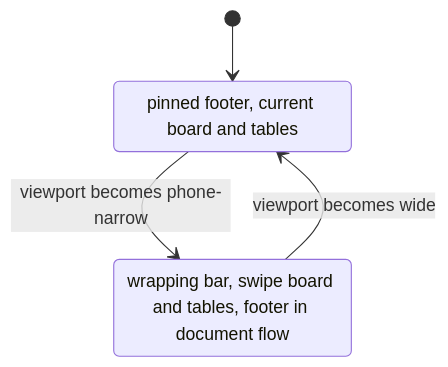
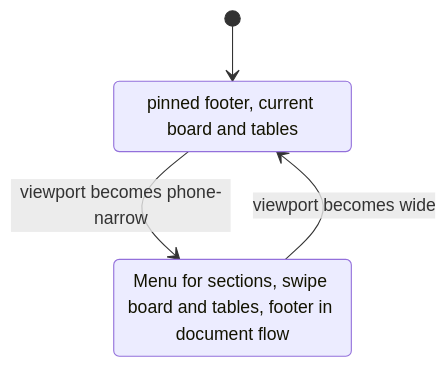
Before and after one commit to Mathotics/Keel: the second of 2 diagrams in docs/adr/phone-layout.md, drawn with Mermaid. The commit also changed other lines of this file and 8 other files, not shown here.

Commit message:
KEEL-6 Open section links from a Menu control so a phone bar stays one row.

````diff
--- a/docs/adr/phone-layout.md
+++ b/docs/adr/phone-layout.md
@@ -115,8 +117,8 @@
 ```mermaid
 stateDiagram-v2
   [*] --> Wide
   Wide --> Narrow: viewport becomes phone-narrow
   Narrow --> Wide: viewport becomes wide
   Wide: pinned footer, current board and tables
-  Narrow: wrapping bar, swipe board and tables, footer in document flow
+  Narrow: Menu for sections, swipe board and tables, footer in document flow
 ```
````
